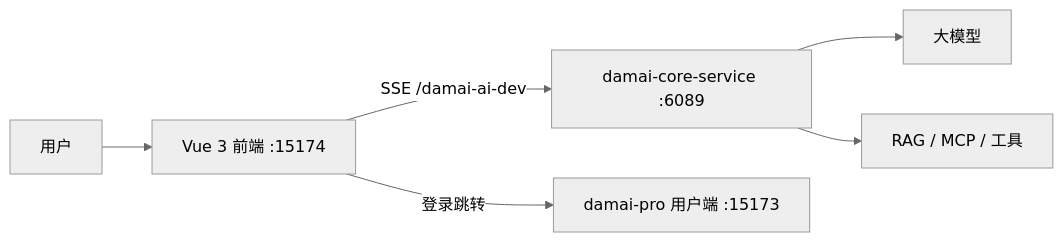
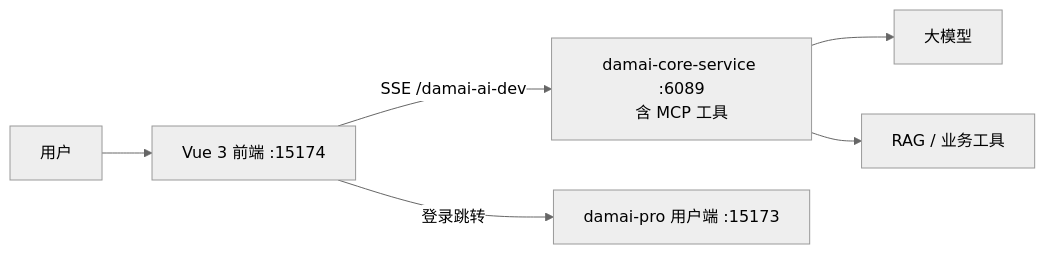
Before and after one commit to LittleSongxx/damai: the diagram in damai-ai/vue/README.md, drawn with Mermaid (neutral theme). The commit also changed other lines of this file and 5 other files, not shown here.

Commit message:
chore: sync project docs with current codebase — fix MCP architecture, module counts, and broken links

````diff
--- a/damai-ai/vue/README.md
+++ b/damai-ai/vue/README.md
@@ -5,8 +5,8 @@
 ```mermaid
 graph LR
     User[用户] --> Vue[Vue 3 前端 :15174]
-    Vue -->|SSE /damai-ai-dev| Core[damai-core-service :6089]
+    Vue -->|SSE /damai-ai-dev| Core[damai-core-service :6089<br/>含 MCP 工具]
     Core --> Models[大模型]
-    Core --> RAG[RAG / MCP / 工具]
+    Core --> RAG[RAG / 业务工具]
     Vue -->|登录跳转| Pro[damai-pro 用户端 :15173]
 ```
````
